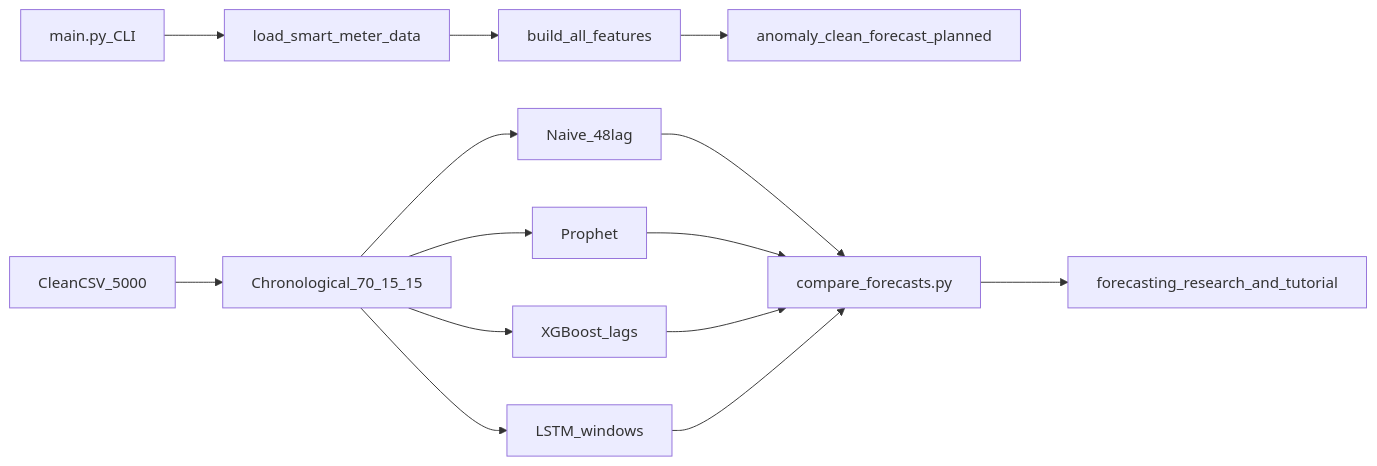
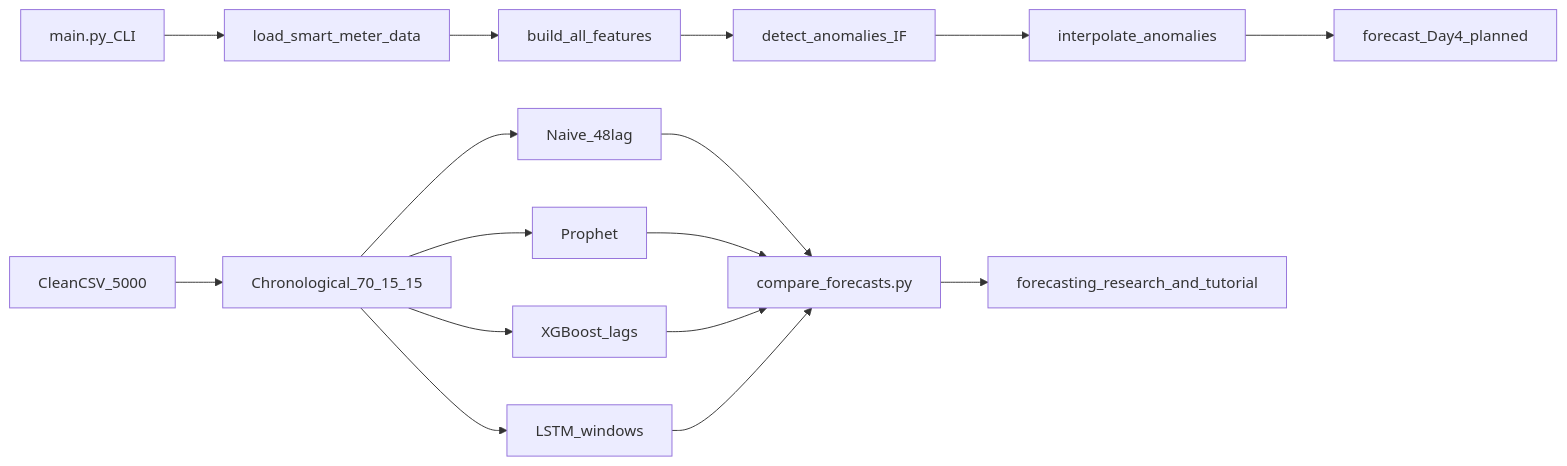
One commit to mj-weshh/energy-anomaly-forecasting changed the diagram in docs/phase3-strategy.md. Above: the diagram before and after it, drawn with Mermaid. The commit also changed other lines of this file and 10 other files, not shown here.

Commit message:
docs: sync E2E pipeline docs for Week 8 Day 3 detect and clean

````diff
--- a/docs/phase3-strategy.md
+++ b/docs/phase3-strategy.md
@@ -150,16 +151,18 @@
 ```mermaid
 flowchart LR
   mainCli[main.py_CLI] --> ingest[load_smart_meter_data]
   ingest --> feats[build_all_features]
-  feats --> later[anomaly_clean_forecast_planned]
+  feats --> detect[detect_anomalies_IF]
+  detect --> cleanMem[interpolate_anomalies]
+  cleanMem --> forecastLater[forecast_Day4_planned]
   clean[CleanCSV_5000] --> split[Chronological_70_15_15]
   split --> naive[Naive_48lag]
   split --> stats[Prophet]
   split --> xgb[XGBoost_lags]
   split --> lstm[LSTM_windows]
   naive --> compare[compare_forecasts.py]
   stats --> compare
   xgb --> compare
   lstm --> compare
   compare --> docs[forecasting_research_and_tutorial]
 ```
````
